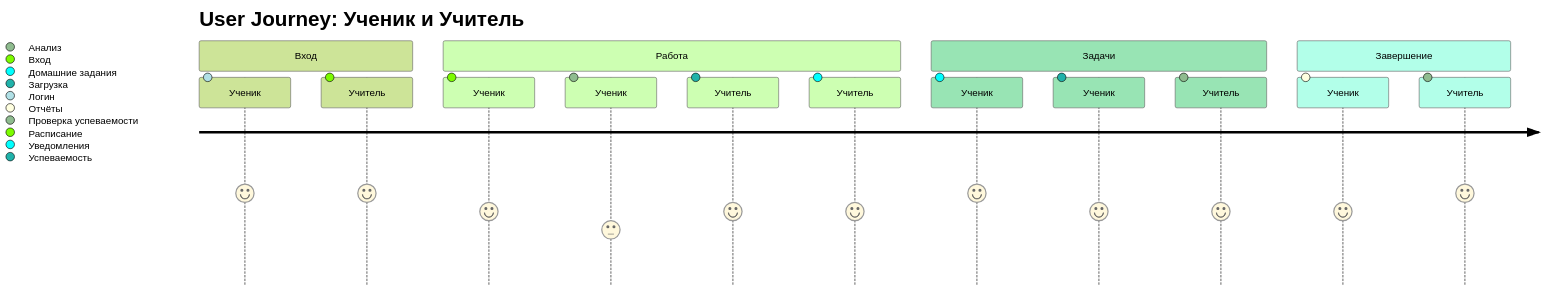
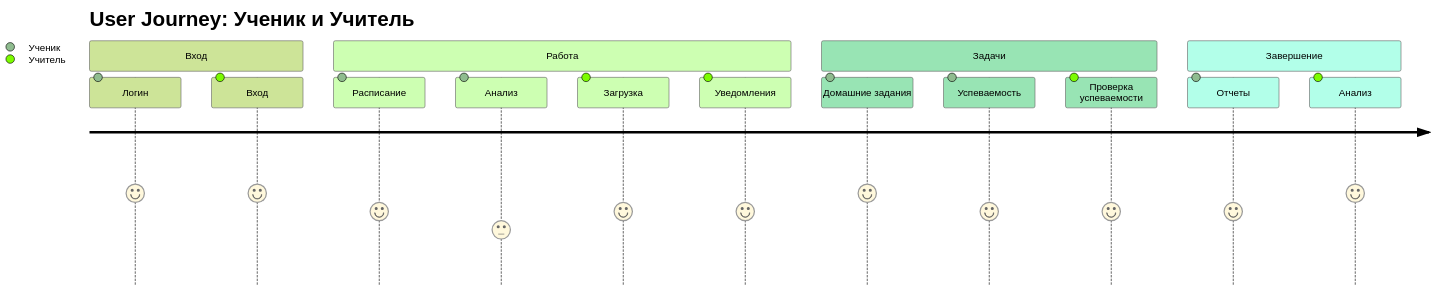
One commit to constZhur/pkss changed the third of 4 diagrams in README.md. Above: the diagram before and after it, drawn with Mermaid (forest theme).

````diff
--- a/README.md
+++ b/README.md
@@ -78,19 +78,19 @@
 ```mermaid
 journey
   title User Journey: Ученик и Учитель
   section Вход
-    Ученик: 5: Логин
-    Учитель: 5: Вход
+    Логин: 5: Ученик
+    Вход: 5: Учитель
   section Работа
-    Ученик: 4: Расписание
-    Ученик: 3: Анализ
-    Учитель: 4: Загрузка
-    Учитель: 4: Уведомления
+    Расписание: 4: Ученик
+    Анализ: 3: Ученик
+    Загрузка: 4: Учитель
+    Уведомления: 4: Учитель
   section Задачи
-    Ученик: 5: Домашние задания
-    Ученик: 4: Успеваемость 
-    Учитель: 4: Проверка успеваемости 
+    Домашние задания: 5: Ученик
+    Успеваемость: 4: Ученик 
+    Проверка успеваемости: 4: Учитель 
   section Завершение 
-    Ученик: 4: Отчёты 
-    Учитель: 5: Анализ
+    Отчеты: 4: Ученик
+    Анализ: 5: Учитель
 ```
````
